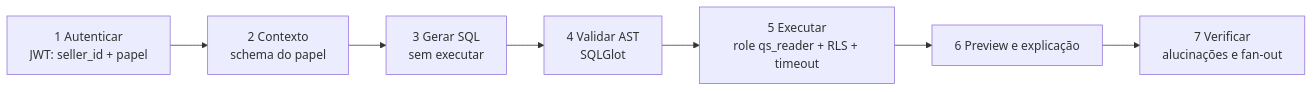
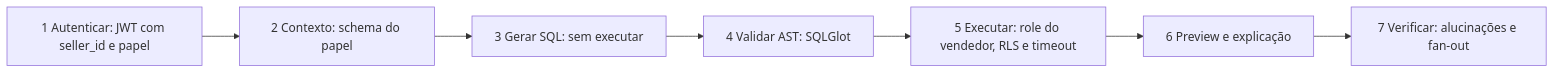
Before and after one commit to agataofrancisco/queryshield: the diagram in docs/learn/00-visao-geral.md, drawn with Mermaid. The commit also changed other lines of this file and 2 other files, not shown here.

````diff
--- a/docs/learn/00-visao-geral.md
+++ b/docs/learn/00-visao-geral.md
@@ -34,9 +34,9 @@
 ```mermaid
 flowchart LR
-    A[1 Autenticar<br/>JWT: seller_id + papel] --> B[2 Contexto<br/>schema do papel]
-    B --> C[3 Gerar SQL<br/>sem executar]
-    C --> D[4 Validar AST<br/>SQLGlot]
-    D --> E[5 Executar<br/>role qs_reader + RLS + timeout]
-    E --> F[6 Preview e explicação]
-    F --> G[7 Verificar<br/>alucinações e fan-out]
+    A["1 Autenticar: JWT com seller_id e papel"] --> B["2 Contexto: schema do papel"]
+    B --> C["3 Gerar SQL: sem executar"]
+    C --> D["4 Validar AST: SQLGlot"]
+    D --> E["5 Executar: role do vendedor, RLS e timeout"]
+    E --> F["6 Preview e explicação"]
+    F --> G["7 Verificar: alucinações e fan-out"]
 ```
````
